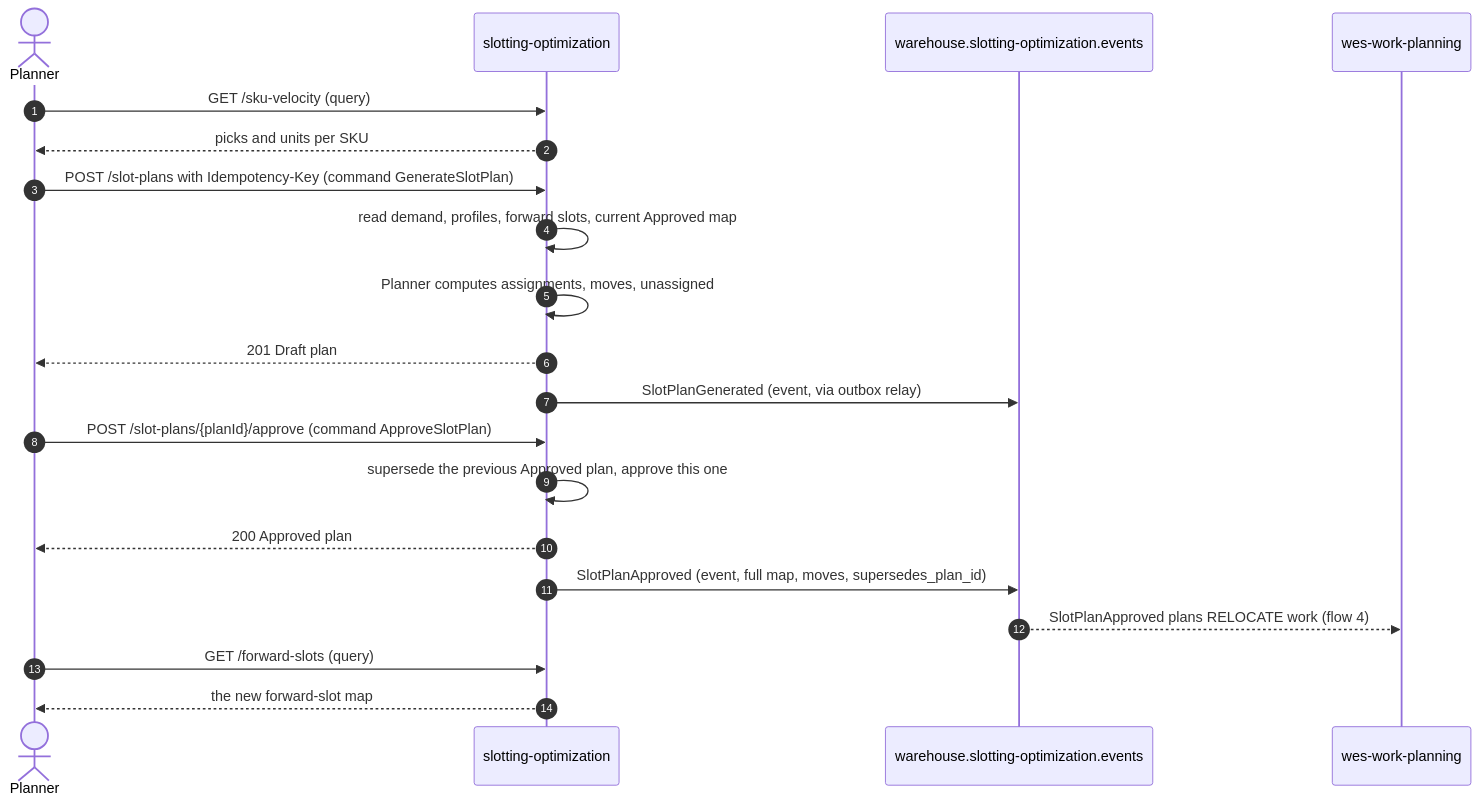
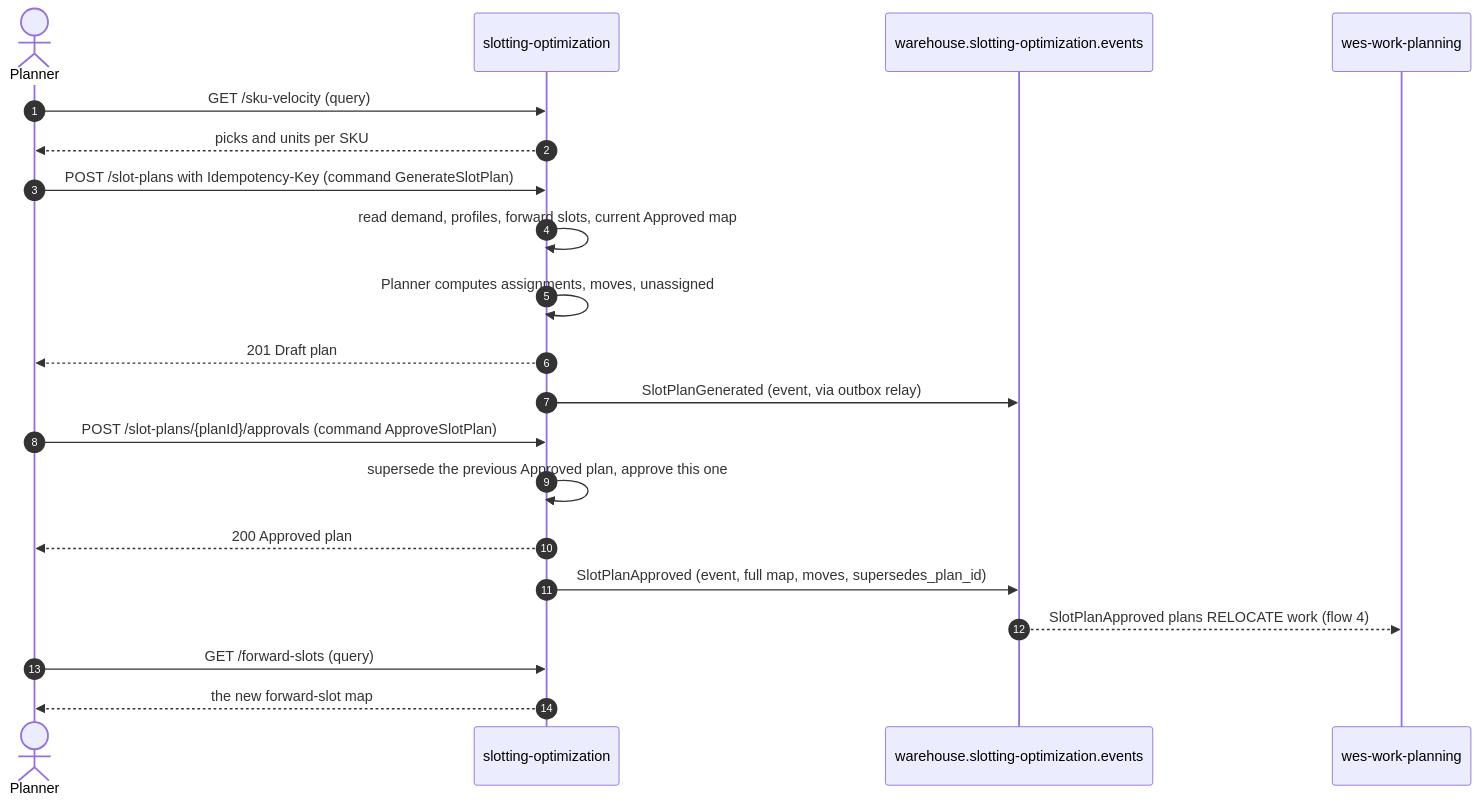
The second of 5 diagrams in docs/docs/ddd/domain-message-flow.md (IQVO/slotting-optimization), drawn with Mermaid before and after one commit. The commit also changed other lines of this file and 41 other files, not shown here.

````diff
--- a/docs/docs/ddd/domain-message-flow.md
+++ b/docs/docs/ddd/domain-message-flow.md
@@ -44,22 +44,22 @@
 ```mermaid
 sequenceDiagram
     autonumber
     actor P as Planner
     participant SO as slotting-optimization
     participant K as warehouse.slotting-optimization.events
     participant D as wes-work-planning
     P->>SO: GET /sku-velocity (query)
     SO-->>P: picks and units per SKU
     P->>SO: POST /slot-plans with Idempotency-Key (command GenerateSlotPlan)
     SO->>SO: read demand, profiles, forward slots, current Approved map
     SO->>SO: Planner computes assignments, moves, unassigned
     SO-->>P: 201 Draft plan
     SO->>K: SlotPlanGenerated (event, via outbox relay)
-    P->>SO: POST /slot-plans/{planId}/approve (command ApproveSlotPlan)
+    P->>SO: POST /slot-plans/{planId}/approvals (command ApproveSlotPlan)
     SO->>SO: supersede the previous Approved plan, approve this one
     SO-->>P: 200 Approved plan
     SO->>K: SlotPlanApproved (event, full map, moves, supersedes_plan_id)
     K-->>D: SlotPlanApproved plans RELOCATE work (flow 4)
     P->>SO: GET /forward-slots (query)
     SO-->>P: the new forward-slot map
 ```
````
